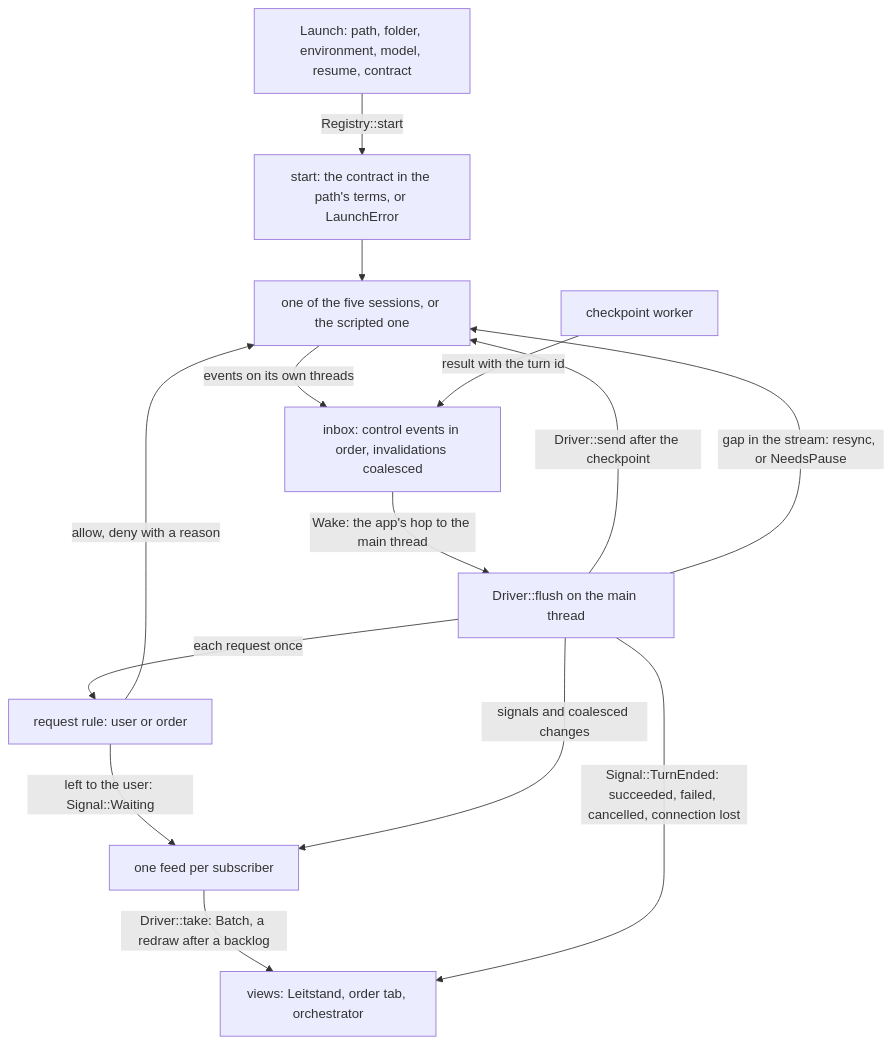
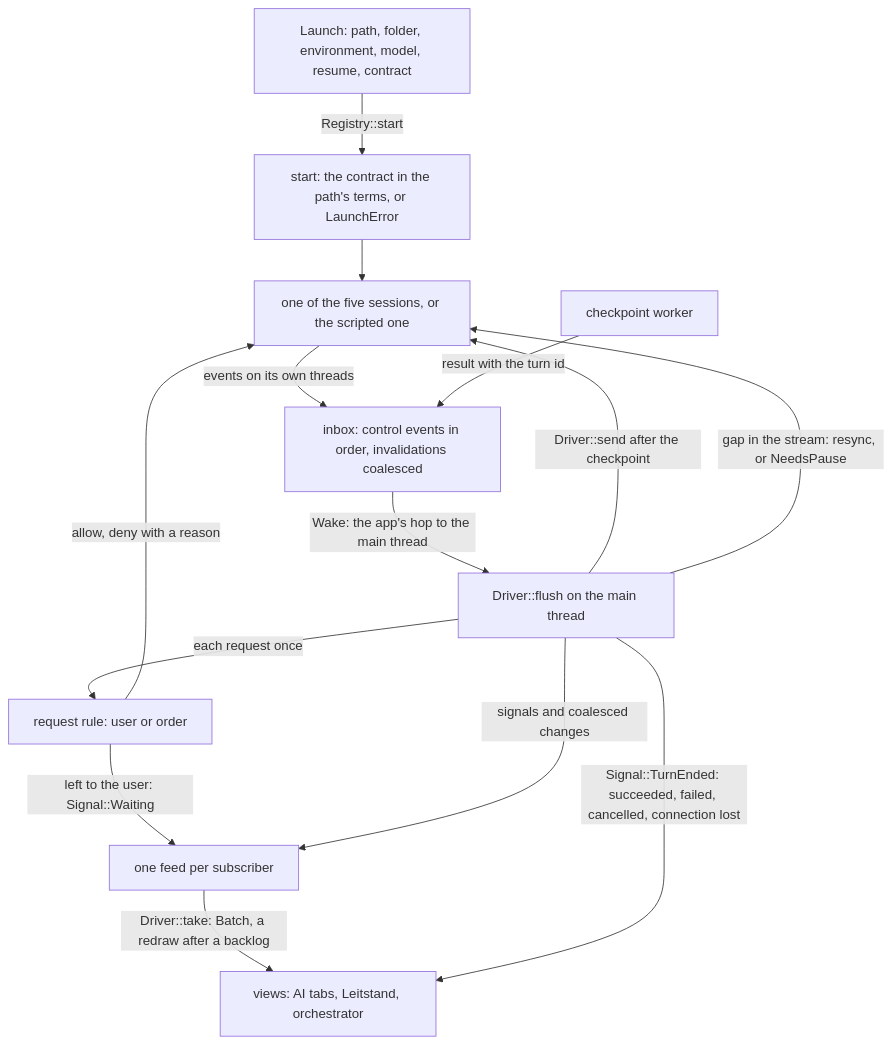
One commit to sventmueller/dango changed the diagram in crates/ide-session/README.md. Above: the diagram before and after it, drawn with Mermaid. The commit also changed 1 other file, not shown here.

Commit message:
Set an ACP session's resume on its own launch as before, so a launch with none resumes nothing, and name the AI tabs among the session driver's views

````diff
--- a/crates/ide-session/README.md
+++ b/crates/ide-session/README.md
@@ -9,16 +9,16 @@
 ```mermaid
 flowchart TB
     launch["Launch: path, folder, environment, model, resume, contract"] -->|"Registry::start"| start["start: the contract in the path's terms, or LaunchError"]
     start --> session["one of the five sessions, or the scripted one"]
     session -->|"events on its own threads"| inbox["inbox: control events in order, invalidations coalesced"]
     checkpoint["checkpoint worker"] -->|"result with the turn id"| inbox
     inbox -->|"Wake: the app's hop to the main thread"| driver["Driver::flush on the main thread"]
     driver -->|"Driver::send after the checkpoint"| session
     driver -->|"each request once"| rule["request rule: user or order"]
     rule -->|"allow, deny with a reason"| session
     rule -->|"left to the user: Signal::Waiting"| feeds
     driver -->|"gap in the stream: resync, or NeedsPause"| session
     driver -->|"signals and coalesced changes"| feeds["one feed per subscriber"]
-    feeds -->|"Driver::take: Batch, a redraw after a backlog"| views["views: Leitstand, order tab, orchestrator"]
+    feeds -->|"Driver::take: Batch, a redraw after a backlog"| views["views: AI tabs, Leitstand, orchestrator"]
     driver -->|"Signal::TurnEnded: succeeded, failed, cancelled, connection lost"| views
 ```
````
